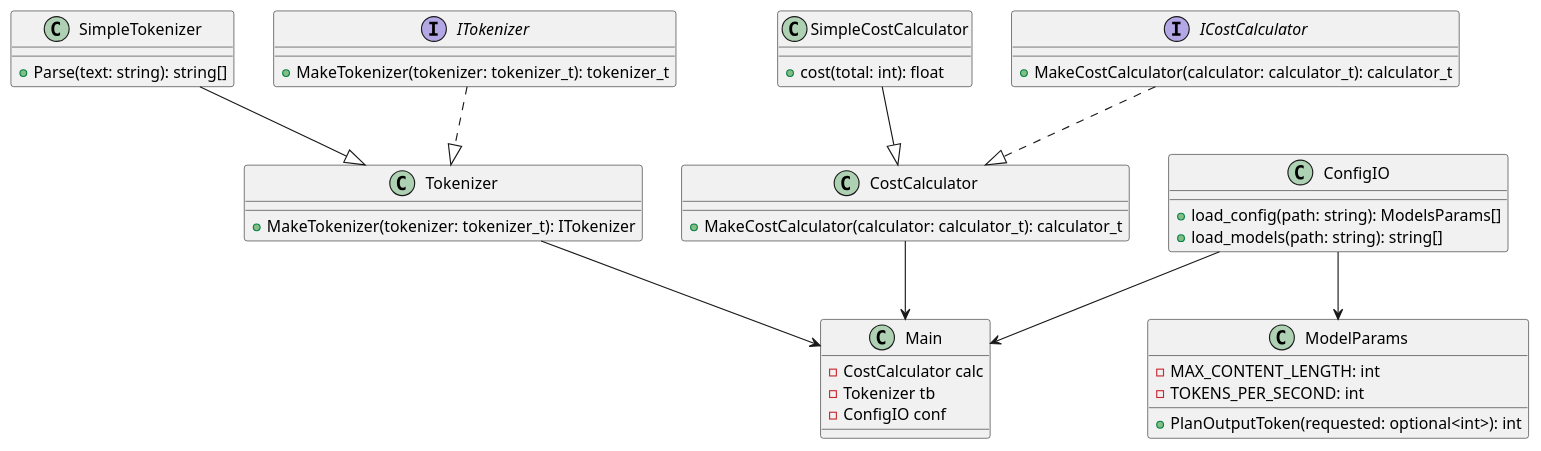
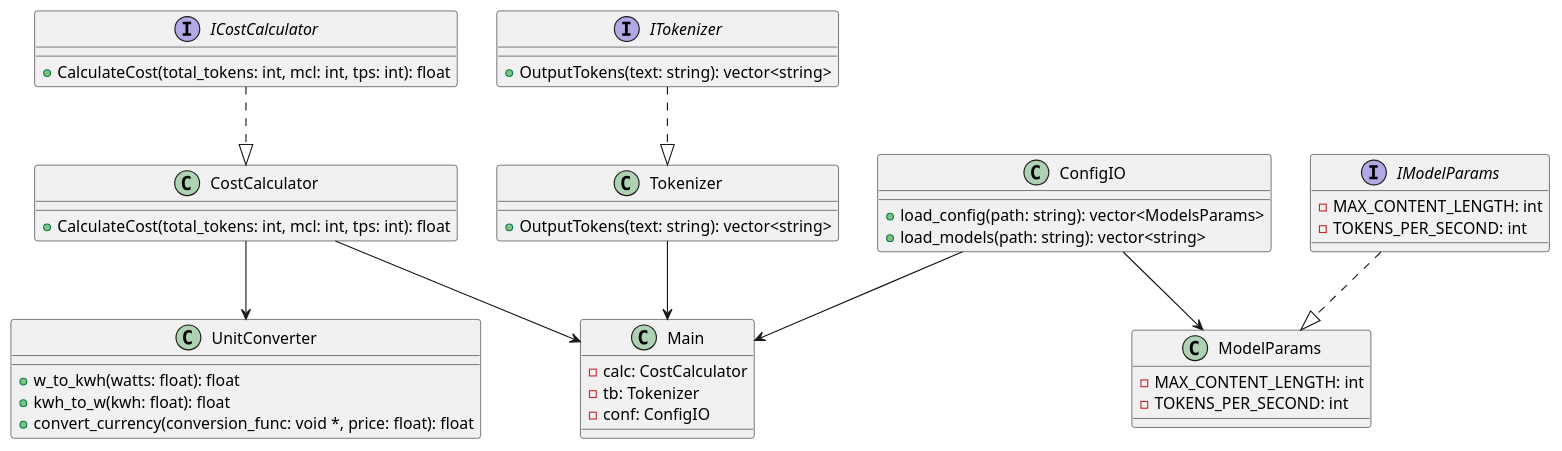
Before and after one commit to TeejMcSteez/ITCS3112FinalProject: the diagram in uml/diag.puml, drawn with PlantUML. The commit also changed 2 other files, not shown here.

Commit message:
Major update to UML with rough draft relatively complete

```diff
--- a/uml/diag.puml
+++ b/uml/diag.puml
@@ -1,57 +1,59 @@
-@startuml AI Token Analyzer 
-
-class SimpleTokenizer {
-    +Parse(text: string): string[]
-}
+@startuml AITokenAnalyzer
 
 interface ITokenizer {
-    +MakeTokenizer(tokenizer: tokenizer_t): tokenizer_t
+    +OutputTokens(text: string): vector<string>
 }
 
 class Tokenizer {
-    +MakeTokenizer(tokenizer: tokenizer_t): ITokenizer
-}
-
-class SimpleCostCalculator {
-    +cost(total: int): float
+    +OutputTokens(text: string): vector<string>
 }
 
 interface ICostCalculator {
-    +MakeCostCalculator(calculator: calculator_t): calculator_t
+    +CalculateCost(total_tokens: int, mcl: int, tps: int): float
 }
 
 class CostCalculator {
-    +MakeCostCalculator(calculator: calculator_t): calculator_t
+    +CalculateCost(total_tokens: int, mcl: int, tps: int): float
+}
+
+interface IModelParams {
+    -MAX_CONTENT_LENGTH: int
+    -TOKENS_PER_SECOND: int
 }
 
 class ModelParams {
     -MAX_CONTENT_LENGTH: int
     -TOKENS_PER_SECOND: int
-    +PlanOutputToken(requested: optional<int>): int
 }
 
 class ConfigIO {
-    +load_config(path: string): ModelsParams[]
-    +load_models(path: string): string[]
+    +load_config(path: string): vector<ModelsParams>
+    +load_models(path: string): vector<string>
+}
+
+class UnitConverter {
+    +w_to_kwh(watts: float): float
+    +kwh_to_w(kwh: float): float
+    +convert_currency(conversion_func: void *, price: float): float
 }
 
 class Main {
-    -CostCalculator calc
-    -Tokenizer tb
-    -ConfigIO conf
+    - calc: CostCalculator
+    - tb: Tokenizer
+    - conf: ConfigIO
 }
 
 ' Relationship's
 ' Tokenizer Relationships
-SimpleTokenizer --|> Tokenizer
 ITokenizer ..|> Tokenizer
 ' Cost Algo. Relationships
-SimpleCostCalculator --|> CostCalculator
 ICostCalculator ..|> CostCalculator
+CostCalculator --> UnitConverter
 ' Model/Config Relationships
+IModelParams ..|> ModelParams
 ConfigIO --> ModelParams
 ' Main relationships
 CostCalculator --> Main
 Tokenizer --> Main
 ConfigIO --> Main
 @enduml
```
